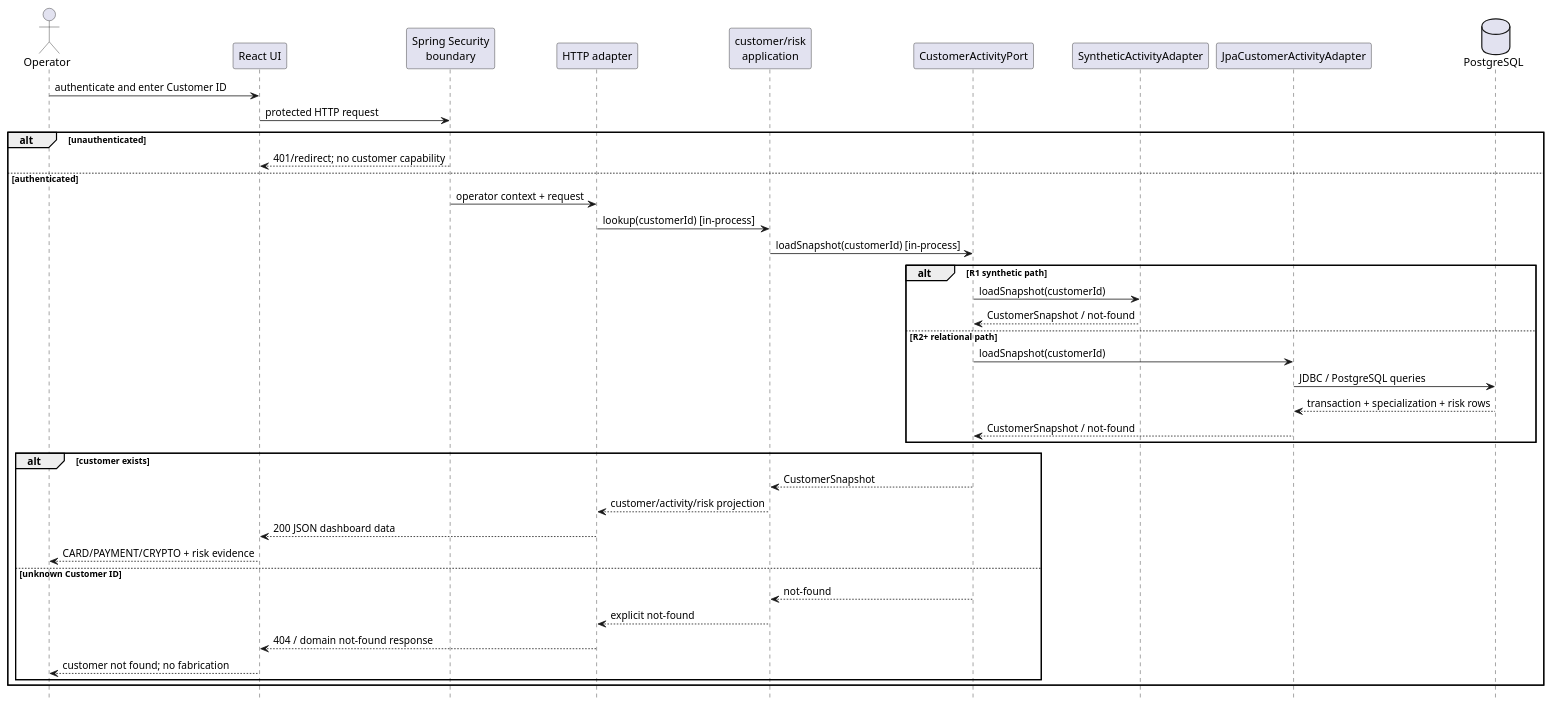
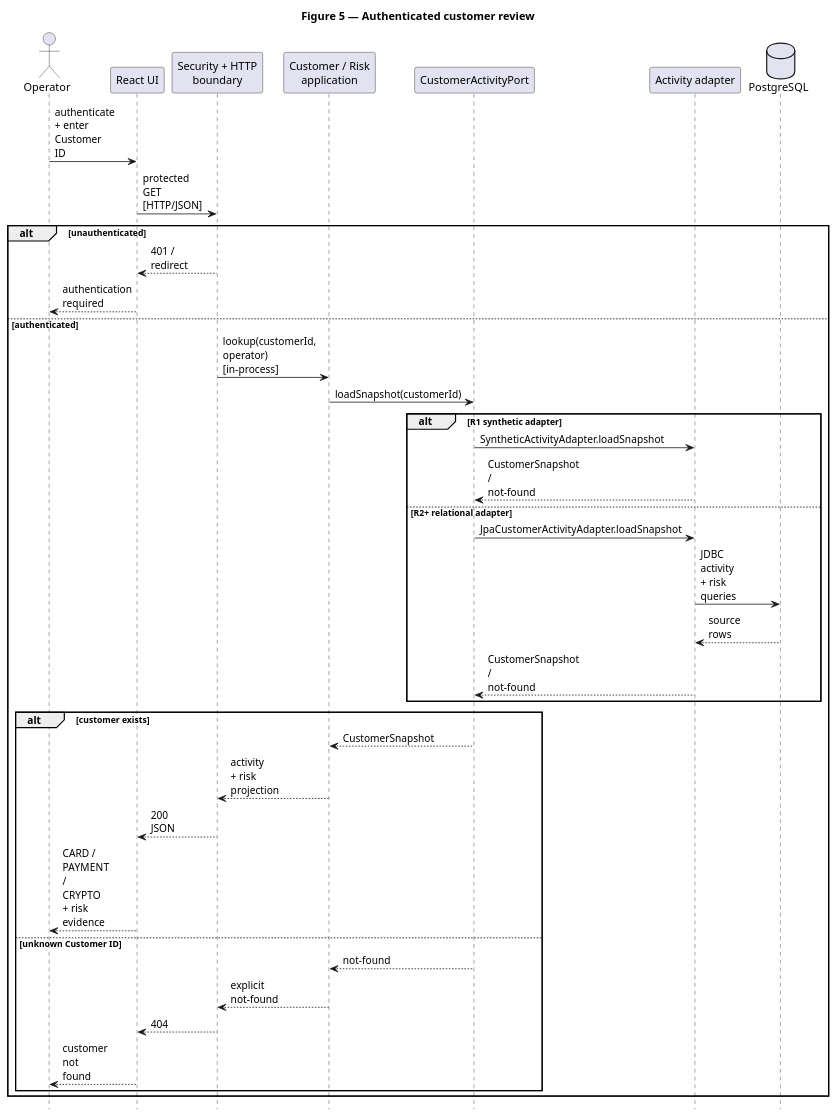
The diagram in docs/assignment/SDD/diagrams/sequence-customer-review.puml (jdoe-dev-159753/specgraph-reference-app), drawn with PlantUML before and after one commit.

Commit message:
docs: compact customer review sequence

```diff
--- a/docs/assignment/SDD/diagrams/sequence-customer-review.puml
+++ b/docs/assignment/SDD/diagrams/sequence-customer-review.puml
@@ -1,42 +1,44 @@
 @startuml
+title Figure 5 — Authenticated customer review
 hide footbox
+skinparam maxMessageSize 52
+
 actor Operator
 participant "React UI" as UI
-participant "Spring Security\nboundary" as Auth
-participant "HTTP adapter" as Http
-participant "customer/risk\napplication" as App
+participant "Security + HTTP\nboundary" as Boundary
+participant "Customer / Risk\napplication" as App
 participant "CustomerActivityPort" as Port
-participant "SyntheticActivityAdapter" as Stub
-participant "JpaCustomerActivityAdapter" as Jpa
+participant "Activity adapter" as Adapter
 database "PostgreSQL" as DB
 
-Operator -> UI : authenticate and enter Customer ID
-UI -> Auth : protected HTTP request
+Operator -> UI : authenticate + enter Customer ID
+UI -> Boundary : protected GET [HTTP/JSON]
 alt unauthenticated
-  Auth --> UI : 401/redirect; no customer capability
+  Boundary --> UI : 401 / redirect
+  UI --> Operator : authentication required
 else authenticated
-  Auth -> Http : operator context + request
-  Http -> App : lookup(customerId) [in-process]
-  App -> Port : loadSnapshot(customerId) [in-process]
-  alt R1 synthetic path
-    Port -> Stub : loadSnapshot(customerId)
-    Stub --> Port : CustomerSnapshot / not-found
-  else R2+ relational path
-    Port -> Jpa : loadSnapshot(customerId)
-    Jpa -> DB : JDBC / PostgreSQL queries
-    DB --> Jpa : transaction + specialization + risk rows
-    Jpa --> Port : CustomerSnapshot / not-found
+  Boundary -> App : lookup(customerId, operator) [in-process]
+  App -> Port : loadSnapshot(customerId)
+  alt R1 synthetic adapter
+    Port -> Adapter : SyntheticActivityAdapter.loadSnapshot
+    Adapter --> Port : CustomerSnapshot / not-found
+  else R2+ relational adapter
+    Port -> Adapter : JpaCustomerActivityAdapter.loadSnapshot
+    Adapter -> DB : JDBC activity + risk queries
+    DB --> Adapter : source rows
+    Adapter --> Port : CustomerSnapshot / not-found
   end
+
   alt customer exists
     Port --> App : CustomerSnapshot
-    App --> Http : customer/activity/risk projection
-    Http --> UI : 200 JSON dashboard data
-    UI --> Operator : CARD/PAYMENT/CRYPTO + risk evidence
+    App --> Boundary : activity + risk projection
+    Boundary --> UI : 200 JSON
+    UI --> Operator : CARD / PAYMENT / CRYPTO + risk evidence
   else unknown Customer ID
     Port --> App : not-found
-    App --> Http : explicit not-found
-    Http --> UI : 404 / domain not-found response
-    UI --> Operator : customer not found; no fabrication
+    App --> Boundary : explicit not-found
+    Boundary --> UI : 404
+    UI --> Operator : customer not found
   end
 end
 @enduml
```
